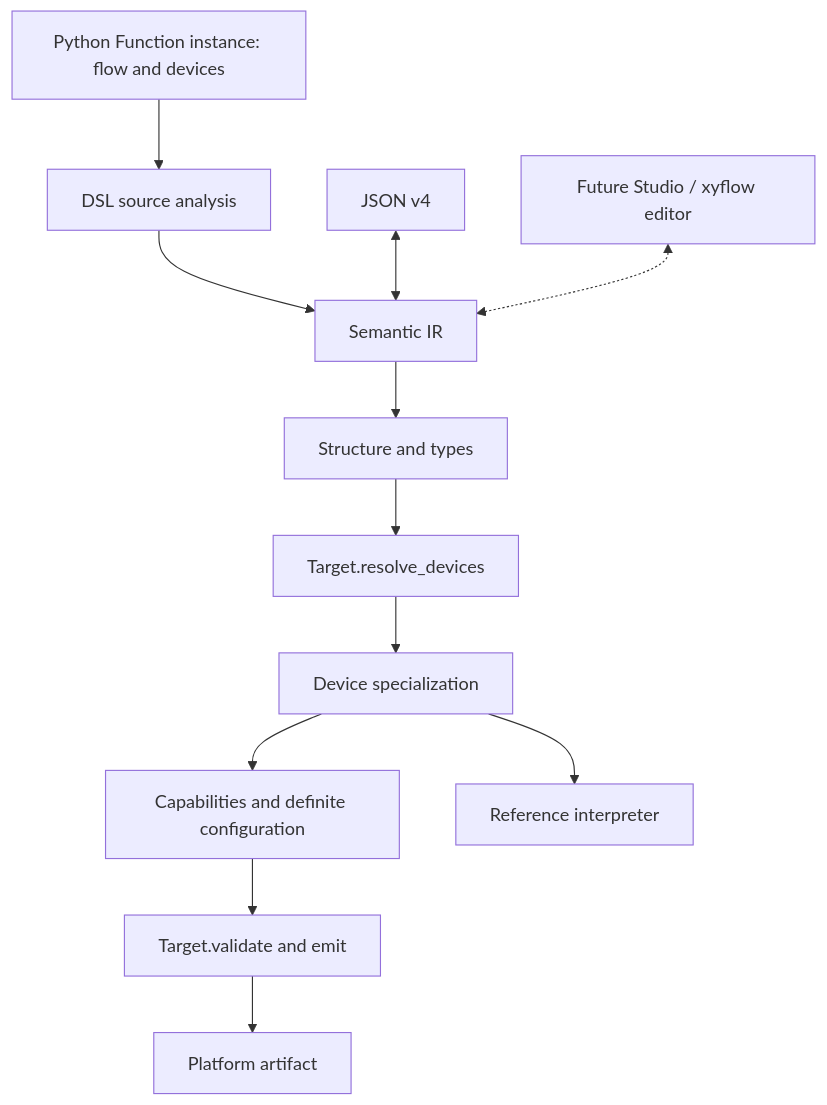
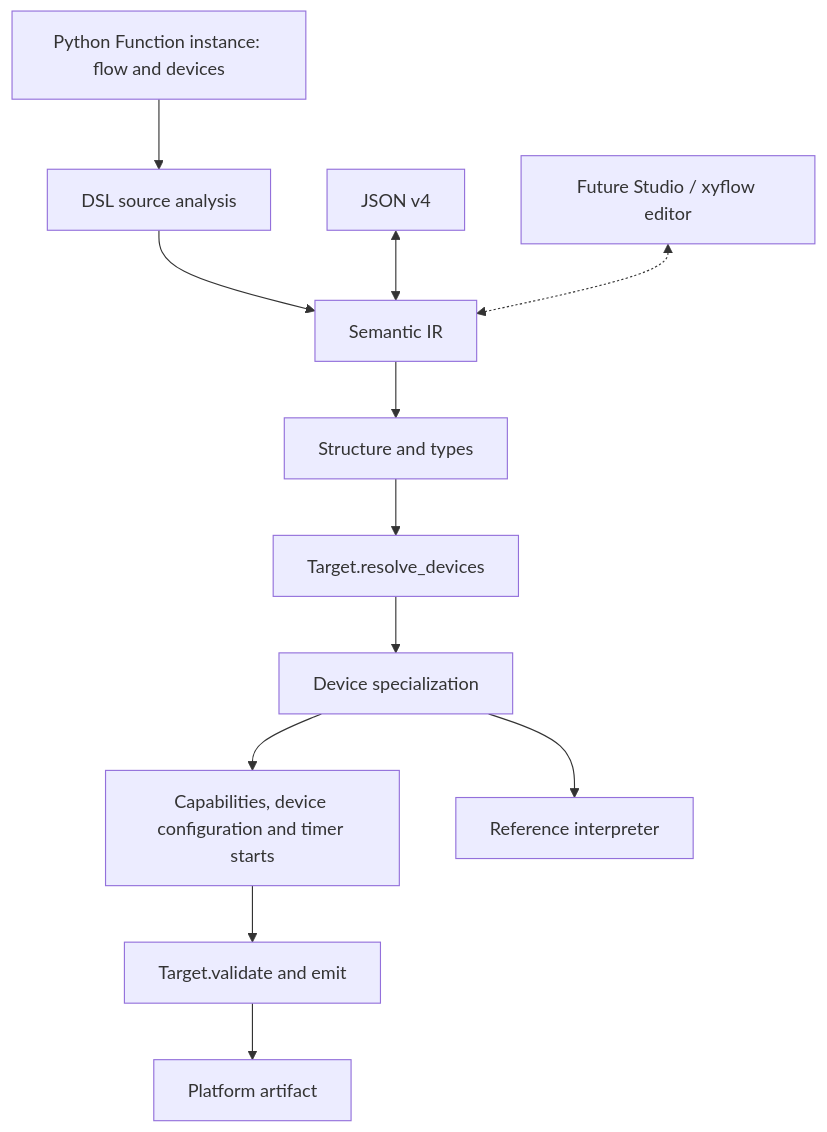
The diagram in website/docs/developer/reference/pipeline.md (TsumiNa/sciloom), drawn with Mermaid before and after one commit. The commit also changed other lines of this file and 74 other files, not shown here.

````diff
--- a/website/docs/developer/reference/pipeline.md
+++ b/website/docs/developer/reference/pipeline.md
@@ -9,14 +9,14 @@
 ```mermaid
 flowchart TD
     Python["Python Function instance: flow and devices"] --> DSL["DSL source analysis"]
     DSL --> IR["Semantic IR"]
     JSON["JSON v4"] <--> IR
     IR --> Validate["Structure and types"]
     Validate --> Resolve["Target.resolve_devices"]
     Resolve --> Specialize["Device specialization"]
-    Specialize --> Config["Capabilities and definite configuration"]
+    Specialize --> Config["Capabilities, device configuration and timer starts"]
     Config --> Target["Target.validate and emit"]
     Target --> Artifact["Platform artifact"]
     Specialize --> Interpreter["Reference interpreter"]
     Future["Future Studio / xyflow editor"] <-.-> IR
 ```
````
